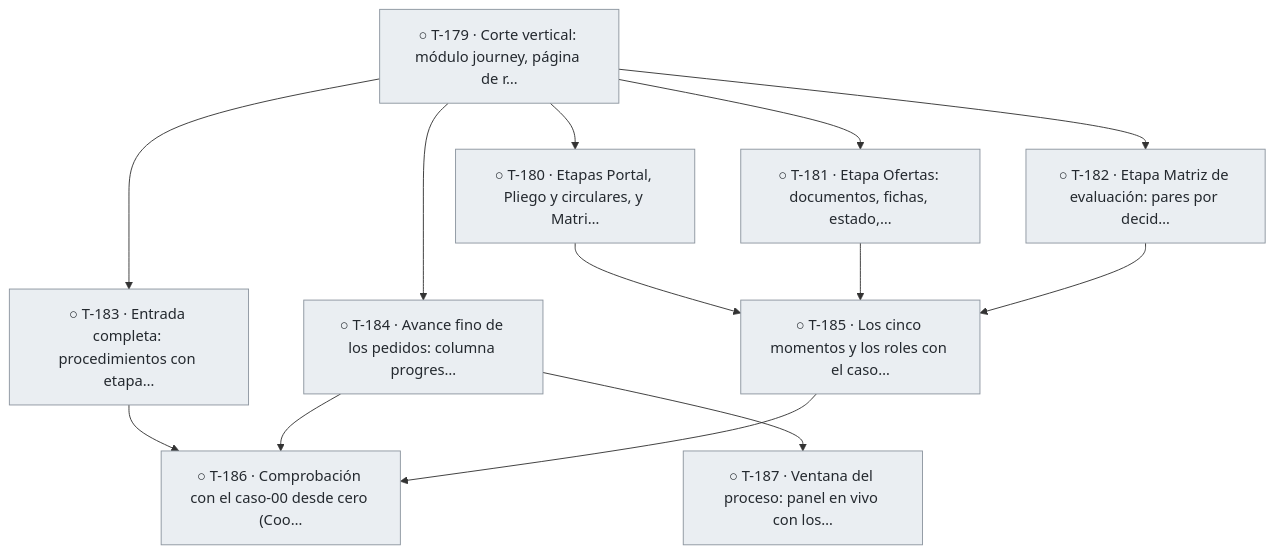
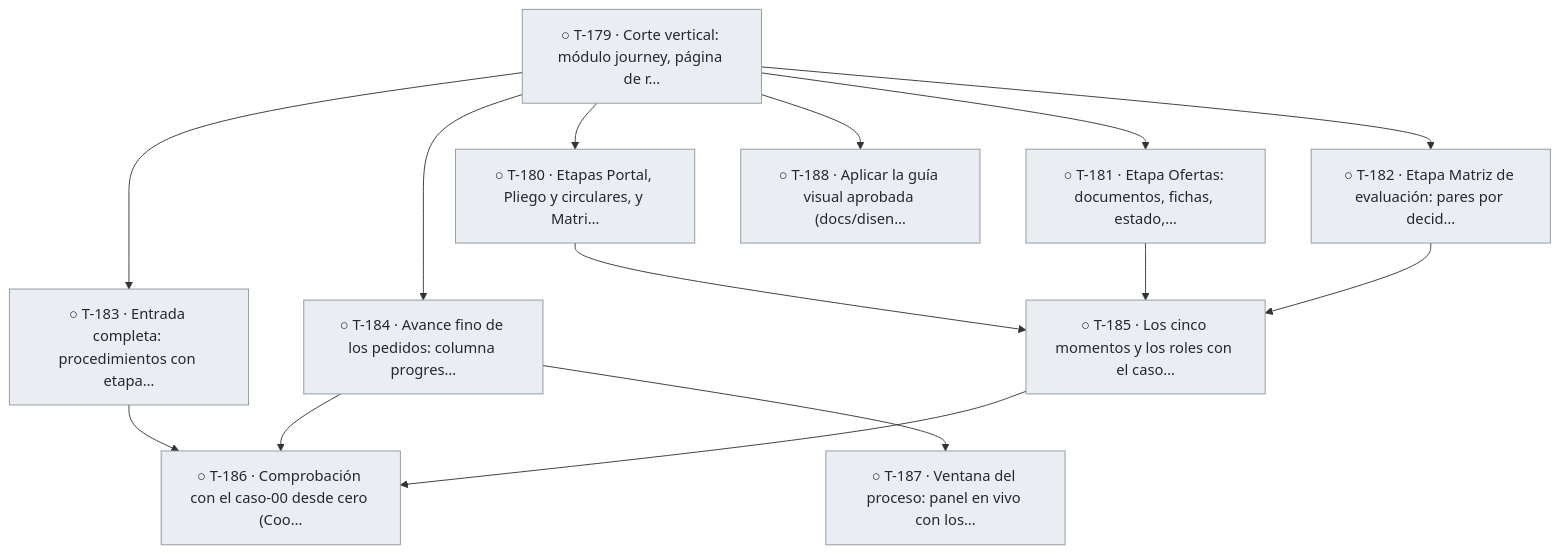
One commit to snavello/EVALUON changed diagram 13 of 13 in docs/tablero.md. Above: the diagram before and after it, drawn with Mermaid. The commit also changed other lines of this file and 1 other file, not shown here.

Commit message:
gestión: agrega T-188 (aplicar la guía visual)

````diff
--- a/docs/tablero.md
+++ b/docs/tablero.md
@@ -978,29 +979,31 @@
 ```mermaid
 flowchart TD
   T179["○ T-179 · Corte vertical: módulo journey, página de r…"]:::todo
   T180["○ T-180 · Etapas Portal, Pliego y circulares, y Matri…"]:::todo
   T181["○ T-181 · Etapa Ofertas: documentos, fichas, estado,…"]:::todo
   T182["○ T-182 · Etapa Matriz de evaluación: pares por decid…"]:::todo
   T183["○ T-183 · Entrada completa: procedimientos con etapa…"]:::todo
   T184["○ T-184 · Avance fino de los pedidos: columna progres…"]:::todo
   T187["○ T-187 · Ventana del proceso: panel en vivo con los…"]:::todo
+  T188["○ T-188 · Aplicar la guía visual aprobada (docs/disen…"]:::todo
   T185["○ T-185 · Los cinco momentos y los roles con el caso…"]:::todo
   T186["○ T-186 · Comprobación con el caso-00 desde cero (Coo…"]:::todo
   T179 --> T180
   T179 --> T181
   T179 --> T182
   T179 --> T183
   T179 --> T184
   T184 --> T187
+  T179 --> T188
   T180 --> T185
   T181 --> T185
   T182 --> T185
   T183 --> T186
   T184 --> T186
   T185 --> T186
   classDef done fill:#1a7f37,stroke:#116329,color:#ffffff
   classDef review fill:#0969da,stroke:#0550ae,color:#ffffff
   classDef active fill:#bf8700,stroke:#7d4e00,color:#ffffff
   classDef blocked fill:#cf222e,stroke:#a40e26,color:#ffffff
   classDef todo fill:#eaeef2,stroke:#8c959f,color:#24292f
 ```
````
